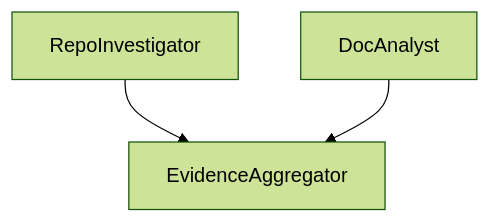
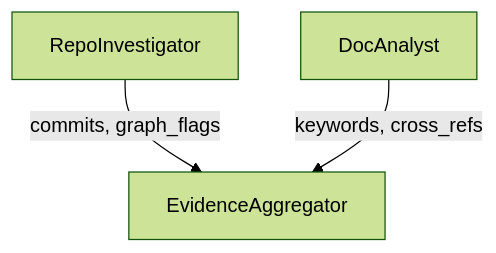
Before and after one commit to nuhaminae/Automation-Auditor: the diagram in README.md, drawn with Mermaid (forest theme). The commit also changed other lines of this file, not shown here.

````diff
--- a/README.md
+++ b/README.md
@@ -123,5 +126,5 @@
-``` mermaid
+```mermaid
 graph TD
-    A[RepoInvestigator] --> C[EvidenceAggregator]
-    B[DocAnalyst] --> C[EvidenceAggregator]
+    A[RepoInvestigator] -->|commits, graph_flags| C[EvidenceAggregator]
+    B[DocAnalyst] -->|keywords, cross_refs| C[EvidenceAggregator]
 ```
````
